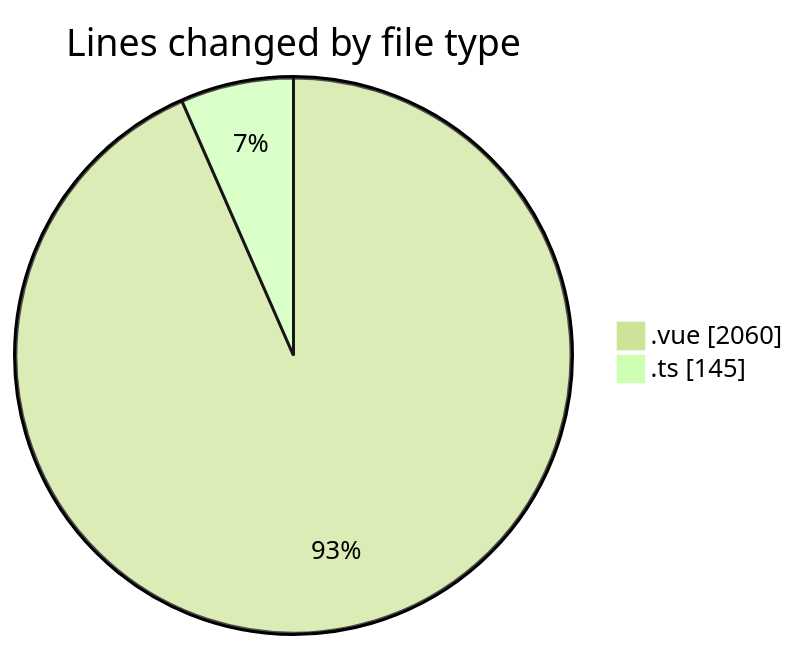
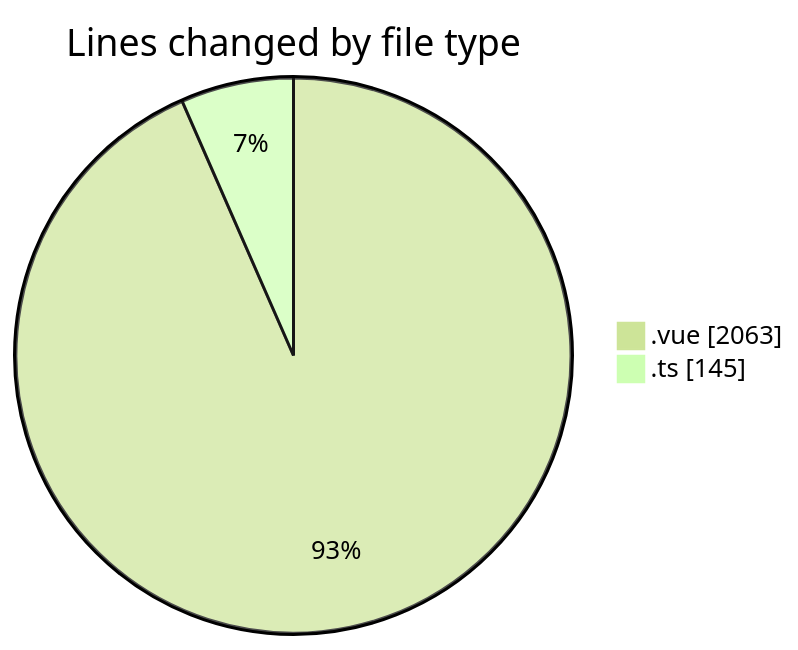
One commit to robertbonfada/code-tracking changed the first of 2 diagrams in 2025-03-17/lumine-web/README.md. Above: the diagram before and after it, drawn with Mermaid (forest theme). The commit also changed other lines of this file and 1 other file, not shown here.

````diff
--- a/2025-03-17/lumine-web/README.md
+++ b/2025-03-17/lumine-web/README.md
@@ -43,6 +43,6 @@
 ```mermaid
 pie showData
 title Lines changed by file type
-".vue" : 2060
+".vue" : 2063
 ".ts" : 145
 ```
````
